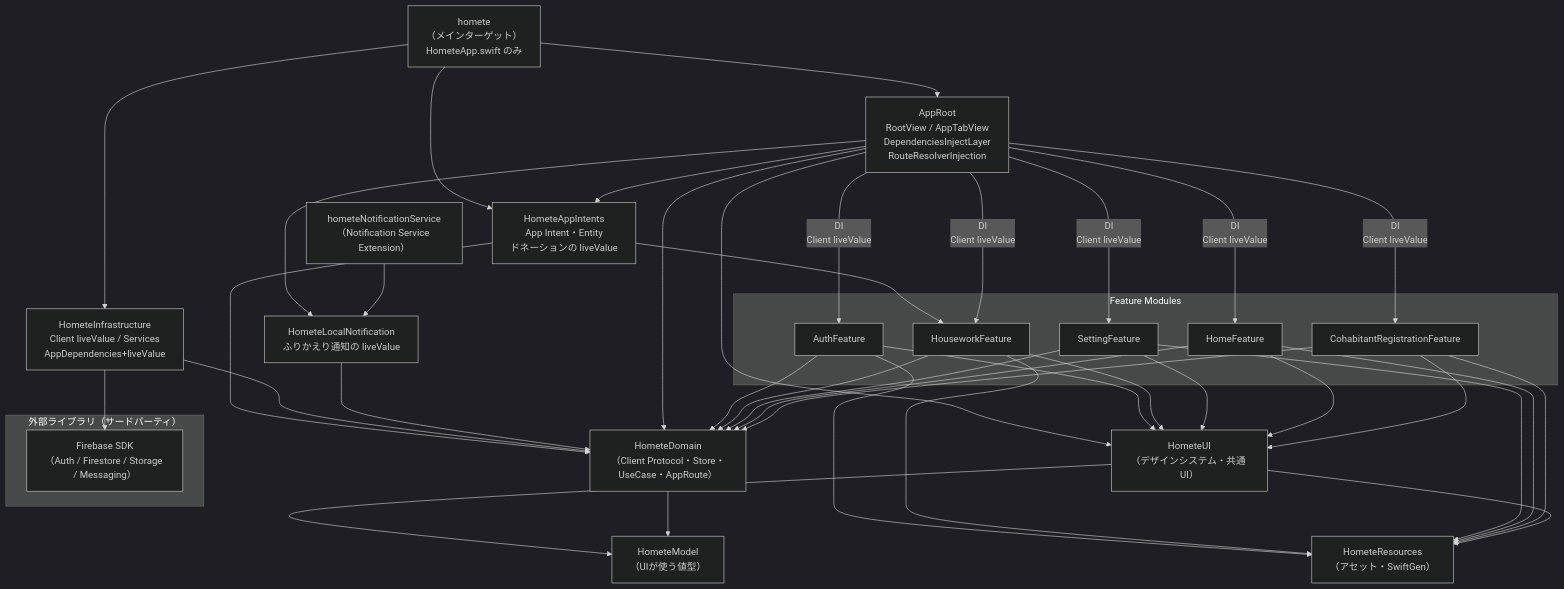
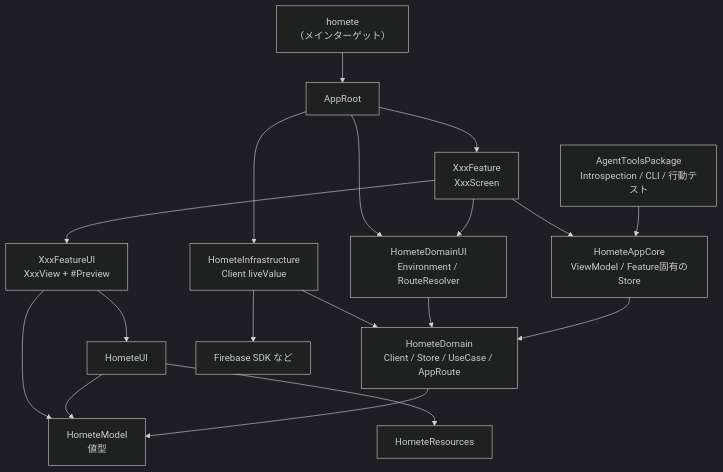
One commit to stotic-dev/homete_iOS changed the diagram in doc/multimodules_structure.md. Above: the diagram before and after it, drawn with Mermaid (dark theme). The commit also changed other lines of this file and 6 other files, not shown here.

````diff
--- a/doc/multimodules_structure.md
+++ b/doc/multimodules_structure.md
@@ -111,73 +102,34 @@
 ```mermaid
 graph TD
-    subgraph ExternalLibs["外部ライブラリ（サードパーティ）"]
-        Firebase["Firebase SDK\n（Auth / Firestore / Storage / Messaging）"]
-    end
+    App["homete<br/>（メインターゲット）"]
+    AppRoot["AppRoot"]
+    Infra["HometeInfrastructure<br/>Client liveValue"]
+    Feature["XxxFeature<br/>XxxScreen"]
+    FeatureUI["XxxFeatureUI<br/>XxxView + #Preview"]
+    UI["HometeUI"]
+    Resources["HometeResources"]
+    DomainUI["HometeDomainUI<br/>Environment / RouteResolver"]
+    AppCore["HometeAppCore<br/>ViewModel / Feature固有のStore"]
+    CLI["AgentToolsPackage<br/>Introspection / CLI / 行動テスト"]
+    Domain["HometeDomain<br/>Client / Store / UseCase / AppRoute"]
+    Model["HometeModel<br/>値型"]
+    Firebase["Firebase SDK など"]
 
-    homete["homete\n（メインターゲット）\nHometeApp.swift のみ"]
-
-    AppRoot["AppRoot\nRootView / AppTabView\nDependenciesInjectLayer\nRouteResolverInjection"]
-
-    HometeInfrastructure["HometeInfrastructure\nClient liveValue / Services\nAppDependencies+liveValue"]
-
-    subgraph Features["Feature Modules"]
-        AuthFeature
-        HouseworkFeature
-        SettingFeature
-        HomeFeature
-        CohabitantRegistrationFeature
-    end
-
-    HometeUI["HometeUI\n（デザインシステム・共通 UI）"]
-    HometeResources["HometeResources\n（アセット・SwiftGen）"]
-    HometeDomain["HometeDomain\n（Client Protocol・Store・UseCase・AppRoute）"]
-    HometeModel["HometeModel\n（UIが使う値型）"]
-
-    homete --> AppRoot
-    homete --> HometeInfrastructure
-
-    HometeAppIntents["HometeAppIntents\nApp Intent・Entity\nドネーションの liveValue"]
-    homete --> HometeAppIntents
-    AppRoot --> HometeAppIntents
-    HometeAppIntents --> HouseworkFeature
-    HometeAppIntents --> HometeDomain
-
-    HometeInfrastructure --> Firebase
-    HometeInfrastructure --> HometeDomain
-
-    HometeLocalNotification["HometeLocalNotification\nふりかえり通知の liveValue"]
-    hometeNotificationService["hometeNotificationService\n（Notification Service Extension）"]
-    AppRoot --> HometeLocalNotification
-    hometeNotificationService --> HometeLocalNotification
-    HometeLocalNotification --> HometeDomain
-
-    AppRoot -->|DI \n Client liveValue| AuthFeature
-    AppRoot -->|DI \n Client liveValue| HouseworkFeature
-    AppRoot -->|DI \n Client liveValue| SettingFeature
-    AppRoot -->|DI \n Client liveValue| HomeFeature
-    AppRoot -->|DI \n Client liveValue| CohabitantRegistrationFeature
-    AppRoot --> HometeUI
-    AppRoot --> HometeDomain
-
-    AuthFeature --> HometeUI
-    HouseworkFeature --> HometeUI
-    SettingFeature --> HometeUI
-    HomeFeature --> HometeUI
-    CohabitantRegistrationFeature --> HometeUI
-
-    AuthFeature --> HometeResources
-    HouseworkFeature --> HometeResources
-    SettingFeature --> HometeResources
-    HomeFeature --> HometeResources
-    CohabitantRegistrationFeature --> HometeResources
-
-    AuthFeature --> HometeDomain
-    HouseworkFeature --> HometeDomain
-    SettingFeature --> HometeDomain
-    HomeFeature --> HometeDomain
-    CohabitantRegistrationFeature --> HometeDomain
-
-    HometeUI --> HometeModel
-    HometeUI --> HometeResources
-    HometeDomain --> HometeModel
+    App --> AppRoot
+    AppRoot --> Infra
+    AppRoot --> Feature
+    AppRoot --> DomainUI
+    Infra --> Domain
+    Infra --> Firebase
+    Feature --> FeatureUI
+    Feature --> DomainUI
+    Feature --> AppCore
+    FeatureUI --> UI
+    FeatureUI --> Model
+    UI --> Model
+    UI --> Resources
+    DomainUI --> Domain
+    AppCore --> Domain
+    CLI --> AppCore
+    Domain --> Model
 ```
````
